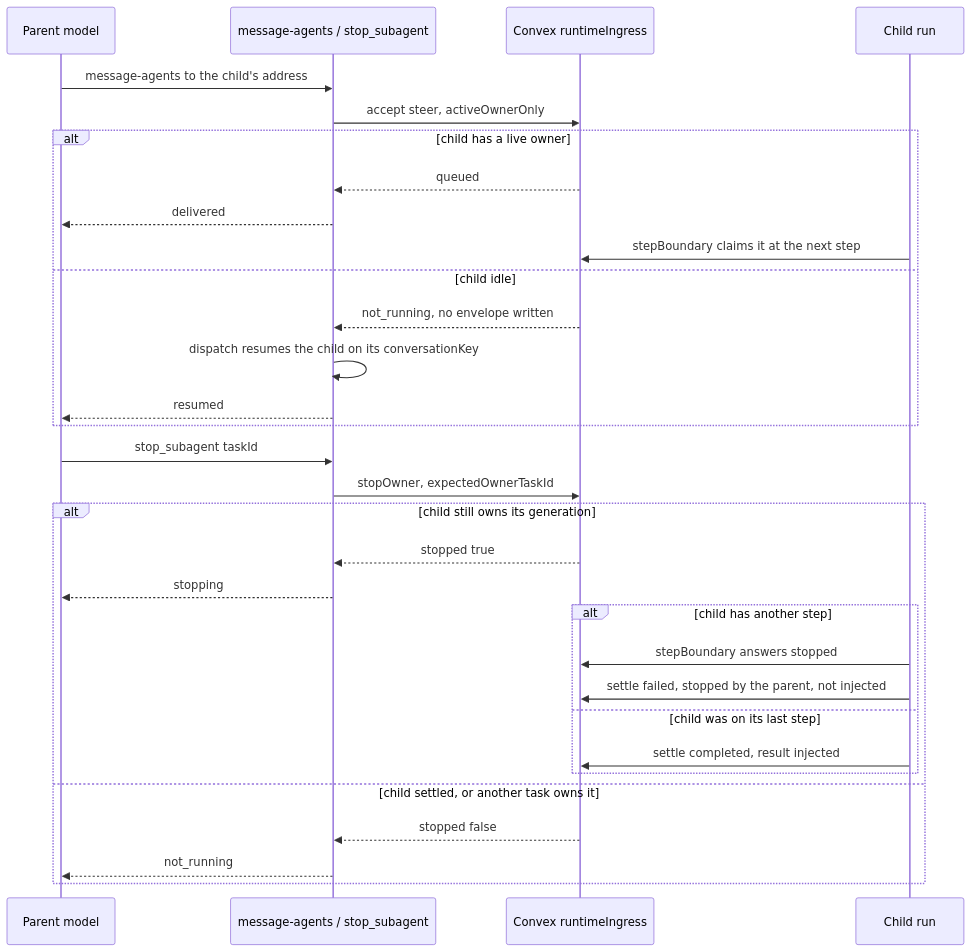
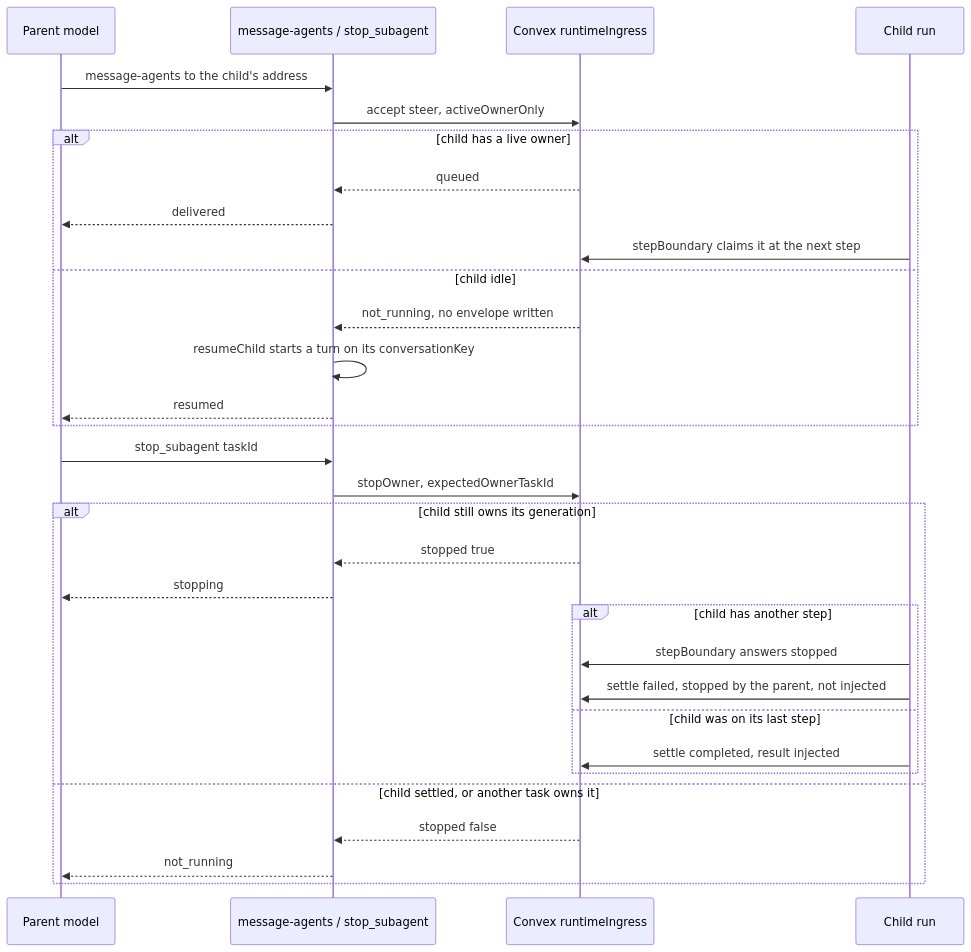
Before and after one commit to beeblastco/broods: the fifth of 7 diagrams in apps/docs/docs/internals/subagents.md, drawn with Mermaid. The commit also changed other lines of this file and 26 other files, not shown here.

First line of the commit message:
fix(core): durable message-agents waits, conversation-bound child keys, lineage turn budget

````diff
--- a/apps/docs/docs/internals/subagents.md
+++ b/apps/docs/docs/internals/subagents.md
@@ -153,34 +153,34 @@
 ```mermaid
 sequenceDiagram
   participant P as Parent model
   participant T as message-agents / stop_subagent
   participant CX as Convex runtimeIngress
   participant Ch as Child run
 
   P->>T: message-agents to the child's address
   T->>CX: accept steer, activeOwnerOnly
   alt child has a live owner
     CX-->>T: queued
     T-->>P: delivered
     Ch->>CX: stepBoundary claims it at the next step
   else child idle
     CX-->>T: not_running, no envelope written
-    T->>T: dispatch resumes the child on its conversationKey
+    T->>T: resumeChild starts a turn on its conversationKey
     T-->>P: resumed
   end
   P->>T: stop_subagent taskId
   T->>CX: stopOwner, expectedOwnerTaskId
   alt child still owns its generation
     CX-->>T: stopped true
     T-->>P: stopping
     alt child has another step
       Ch->>CX: stepBoundary answers stopped
       Ch->>CX: settle failed, stopped by the parent, not injected
     else child was on its last step
       Ch->>CX: settle completed, result injected
     end
   else child settled, or another task owns it
     CX-->>T: stopped false
     T-->>P: not_running
   end
 ```
````
